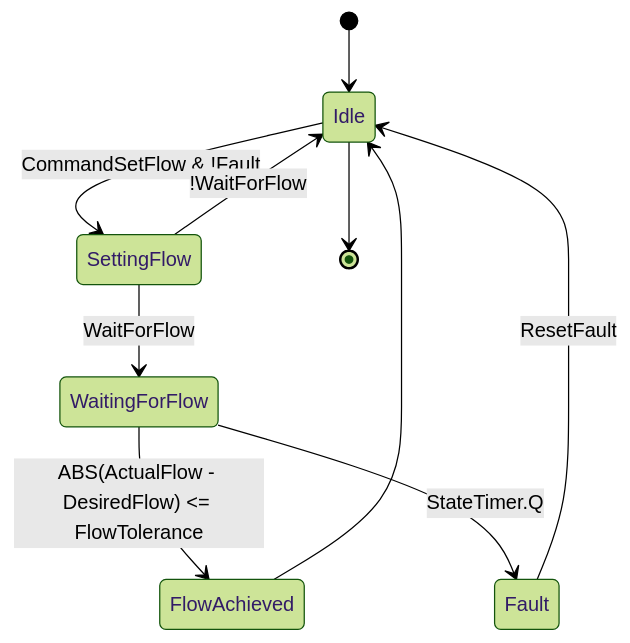
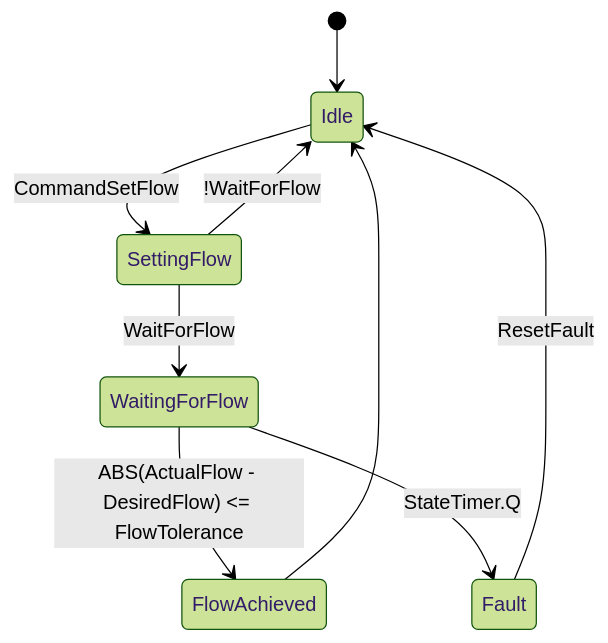
Before and after one commit to bkchaluvadi/sequences: the diagram in mfc.md, drawn with Mermaid (forest theme). The commit also changed other lines of this file, not shown here.

````diff
--- a/mfc.md
+++ b/mfc.md
@@ -2,12 +2,11 @@
 ```mermaid
 stateDiagram-v2
     [*] --> Idle
-    Idle --> SettingFlow : CommandSetFlow & !Fault
+    Idle --> SettingFlow : CommandSetFlow
     SettingFlow --> WaitingForFlow : WaitForFlow
     SettingFlow --> Idle : !WaitForFlow
     WaitingForFlow --> FlowAchieved : ABS(ActualFlow - DesiredFlow) <= FlowTolerance
     WaitingForFlow --> Fault : StateTimer.Q
     FlowAchieved --> Idle
     Fault --> Idle : ResetFault
-    Idle --> [*]
 ```
````
